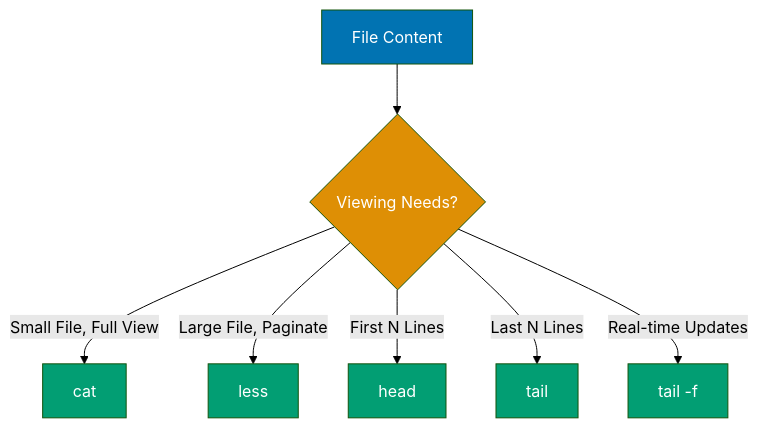
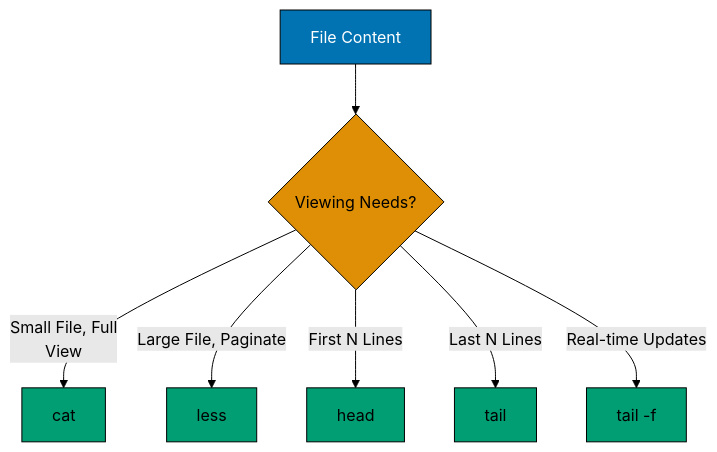
The fourth of 15 diagrams in apps/ayokoding-www/content/en/learn/legacy/software-engineering/platforms/linux/tools/shell/by-example/beginner.md (wahidyankf/ose-public), drawn with Mermaid (forest theme) before and after one commit. The commit also changed other lines of this file and 130 other files, not shown here.

First line of the commit message:
fix(mermaid): bring the legacy platforms diagrams onto the accessible palette

````diff
--- a/apps/ayokoding-www/content/en/learn/legacy/software-engineering/platforms/linux/tools/shell/by-example/beginner.md
+++ b/apps/ayokoding-www/content/en/learn/legacy/software-engineering/platforms/linux/tools/shell/by-example/beginner.md
@@ -312,18 +334,24 @@
 ```mermaid
 %% File viewing tools
 graph TD
+    accTitle: Example 6: File Viewing
+    accDescr: Graph with 7 nodes and 6 connections. Nodes: File Content, Viewing Needs?, cat, less, head, tail, tail -f. Connections: File Content to Viewing Needs?, Viewing Needs? to cat (Small File, Full View), Viewing Needs? to less (Large File, Paginate), Viewing Needs? to head (First N Lines), Viewing Needs? to tail (Last N Lines), Viewing Needs? to tail -f (Real-time Updates).
     A[File Content] --> B{Viewing Needs?}
-    B -->|Small File, Full View| C[cat]
+    B -->|Small File, Full<br/>View| C[cat]
     B -->|Large File, Paginate| D[less]
     B -->|First N Lines| E[head]
     B -->|Last N Lines| F[tail]
     B -->|Real-time Updates| G[tail -f]
 
-    style A fill:#0173B2,color:#fff
-    style B fill:#DE8F05,color:#fff
-    style C fill:#029E73,color:#fff
-    style D fill:#029E73,color:#fff
-    style E fill:#029E73,color:#fff
-    style F fill:#029E73,color:#fff
-    style G fill:#029E73,color:#fff
+    classDef pal-0173B2 fill:#0173B2,stroke:#000000,color:#FFFFFF
+    class A pal-0173B2
+    classDef pal-DE8F05 fill:#DE8F05,stroke:#000000,color:#000000
+    class B pal-DE8F05
+    classDef pal-029E73 fill:#029E73,stroke:#000000,color:#000000
+    class C pal-029E73
+    class D pal-029E73
+    class E pal-029E73
+    class F pal-029E73
+    class G pal-029E73
+    classDef default fill:#FFFFFF,stroke:#000000,color:#000000
 ```
````
